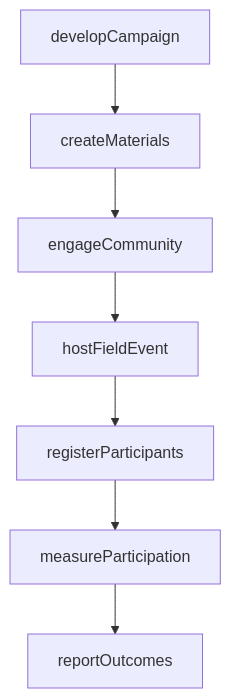
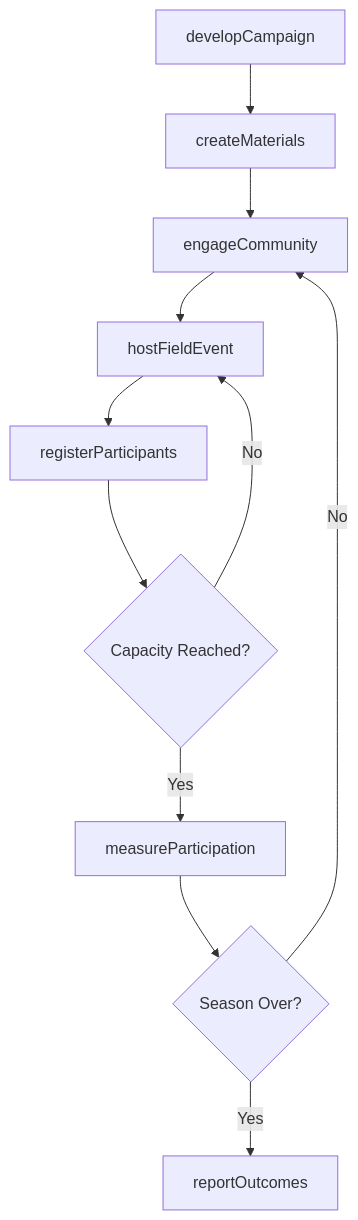
One commit to dot-org-ai/tasks.org.ai changed the third of 4 diagrams in SellingOrInfluencingOthers/PromoteProductsServicesOrPrograms/PromoteAgriculturalHuntingActivities.mdx. Above: the diagram before and after it, drawn with Mermaid. The commit also changed other lines of this file and 504 other files, not shown here.

First line of the commit message:
feat: Add ER diagrams, state diagrams, and workflow improvements to 96 DWA task files

````diff
--- a/SellingOrInfluencingOthers/PromoteProductsServicesOrPrograms/PromoteAgriculturalHuntingActivities.mdx
+++ b/SellingOrInfluencingOthers/PromoteProductsServicesOrPrograms/PromoteAgriculturalHuntingActivities.mdx
@@ -88,9 +116,13 @@
 ```mermaid
 graph TD
     A[developCampaign] --> B[createMaterials]
     B --> C[engageCommunity]
     C --> D[hostFieldEvent]
     D --> E[registerParticipants]
-    E --> F[measureParticipation]
-    F --> G[reportOutcomes]
+    E --> F{Capacity Reached?}
+    F -->|No| D
+    F -->|Yes| G[measureParticipation]
+    G --> H{Season Over?}
+    H -->|No| C
+    H -->|Yes| I[reportOutcomes]
 ```
````
